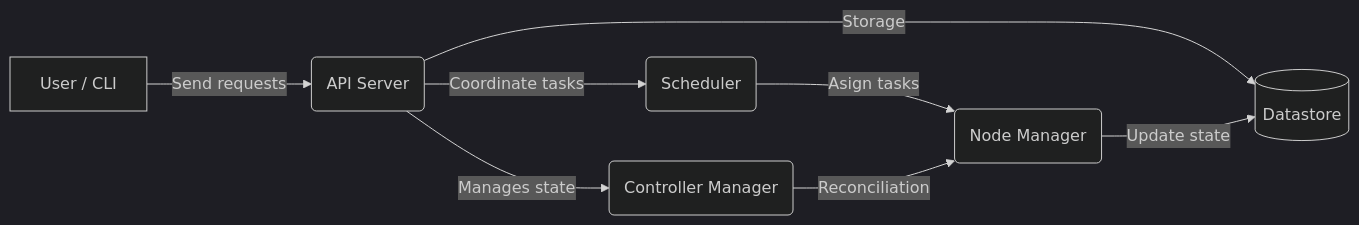
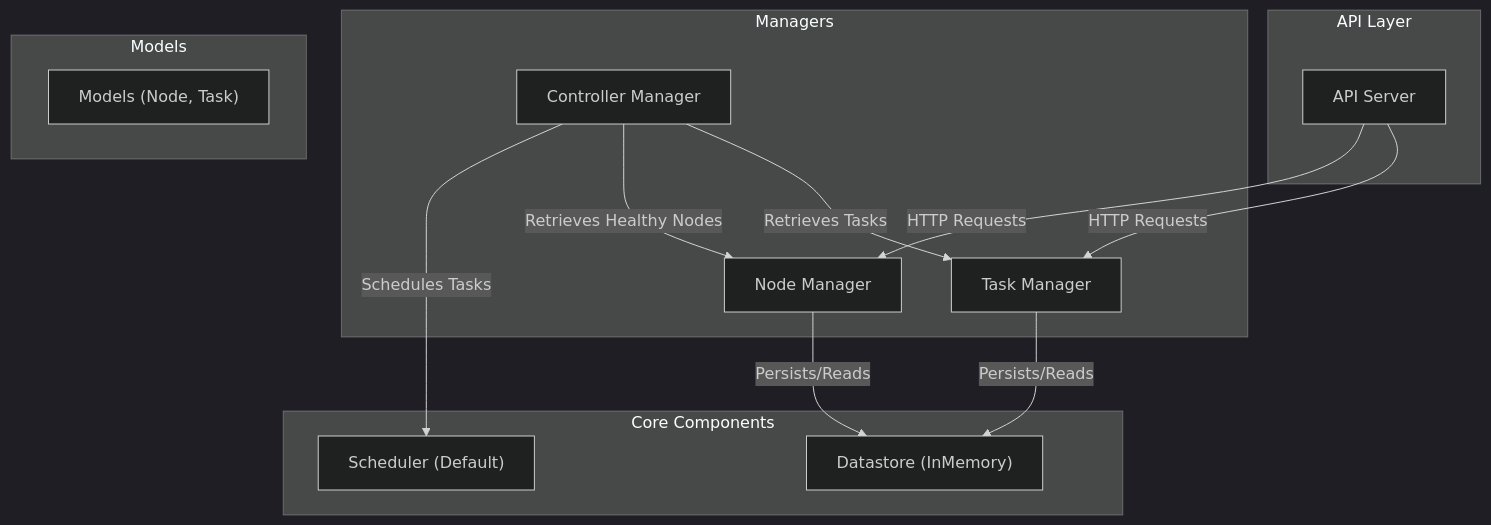
Before and after one commit to fntkg/container-orchestrator: the first of 9 diagrams in README.md, drawn with Mermaid (dark theme). The commit also changed other lines of this file, not shown here.

````diff
--- a/README.md
+++ b/README.md
@@ -8,10 +8,29 @@
 ```mermaid
-graph LR
-    A[User / CLI] -->|Send requests| B(API Server)
-    B -->|Coordinate tasks| C(Scheduler)
-    B -->|Manages state| D(Controller Manager)
-    C -->|Asign tasks| E(Node Manager)
-    D -->|Reconciliation| E
-    B -->|Storage| F[(Datastore)]
-    E -->|Update state| F
+graph TD
+    subgraph "API Layer"
+      A["API Server"]
+    end
+
+    subgraph "Managers"
+      NM["Node Manager"]
+      TM["Task Manager"]
+      CM["Controller Manager"]
+    end
+
+    subgraph "Core Components"
+      S["Scheduler (Default)"]
+      DS["Datastore (InMemory)"]
+    end
+
+    subgraph "Models"
+      M["Models (Node, Task)"]
+    end
+
+    A -->|HTTP Requests| NM
+    A -->|HTTP Requests| TM
+    CM -->|Schedules Tasks| S
+    CM -->|Retrieves Healthy Nodes| NM
+    CM -->|Retrieves Tasks| TM
+    NM -->|Persists/Reads| DS
+    TM -->|Persists/Reads| DS
 ```
````
